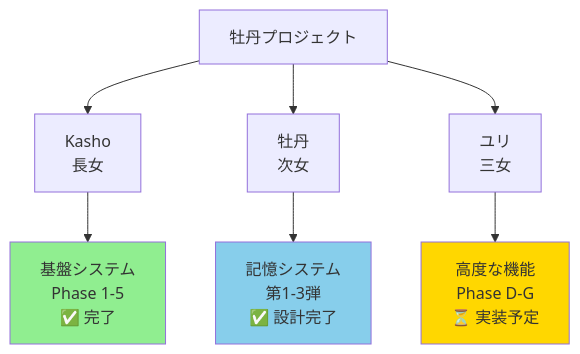
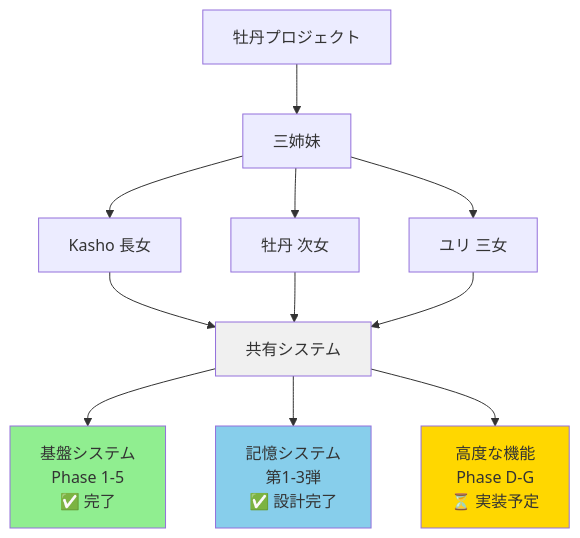
The diagram in public/qiita_roadmap_overview.md (koshikawa-masato/AI-Vtuber-Project), drawn with Mermaid before and after one commit. The commit also changed other lines of this file and 100 other files, not shown here.

````diff
--- a/public/qiita_roadmap_overview.md
+++ b/public/qiita_roadmap_overview.md
@@ -127,16 +133,23 @@
 ```mermaid
 graph TB
     Project[牡丹プロジェクト]
 
-    Project --> Kasho[Kasho<br/>長女]
-    Project --> Botan[牡丹<br/>次女]
-    Project --> Yuri[ユリ<br/>三女]
+    Project --> Sisters[三姉妹]
 
-    Kasho --> Foundation[基盤システム<br/>Phase 1-5<br/>✅ 完了]
-    Botan --> Memory[記憶システム<br/>第1-3弾<br/>✅ 設計完了]
-    Yuri --> Advanced[高度な機能<br/>Phase D-G<br/>⏳ 実装予定]
+    Sisters --> Kasho[Kasho 長女]
+    Sisters --> Botan[牡丹 次女]
+    Sisters --> Yuri[ユリ 三女]
+
+    Kasho --> Systems[共有システム]
+    Botan --> Systems
+    Yuri --> Systems
+
+    Systems --> Foundation[基盤システム<br/>Phase 1-5<br/>✅ 完了]
+    Systems --> Memory[記憶システム<br/>第1-3弾<br/>✅ 設計完了]
+    Systems --> Advanced[高度な機能<br/>Phase D-G<br/>⏳ 実装予定]
 
     style Foundation fill:#90EE90
     style Memory fill:#87CEEB
     style Advanced fill:#FFD700
+    style Systems fill:#F0F0F0
 ```
````
